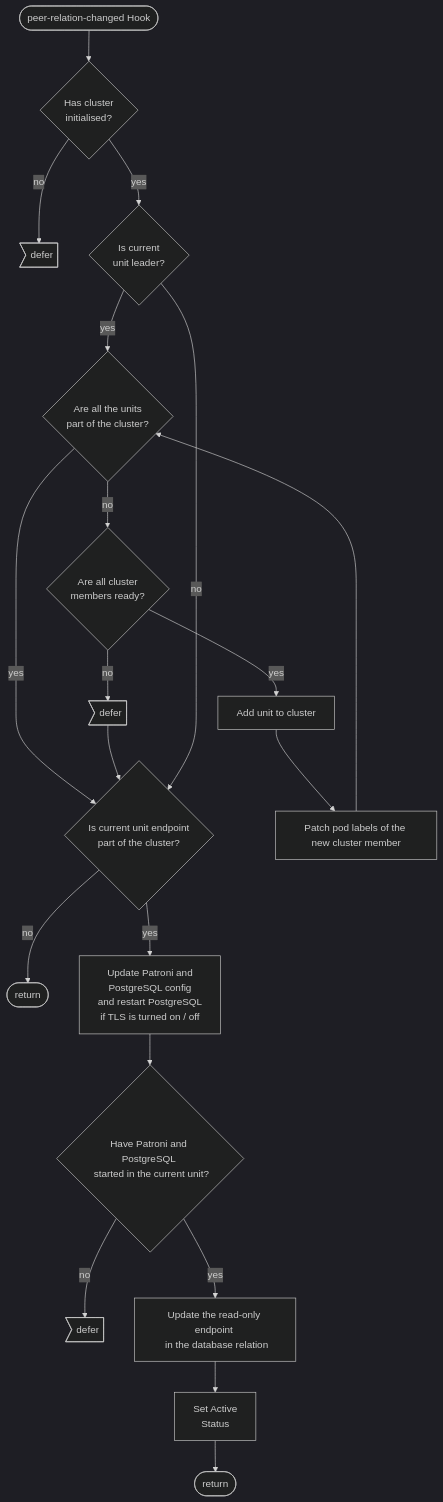
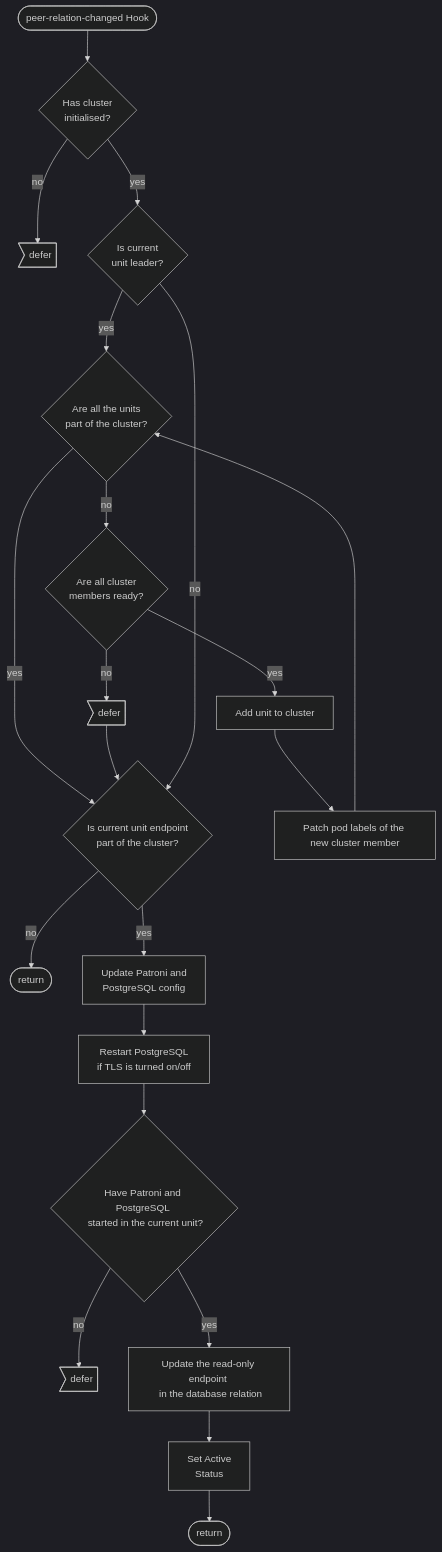
The first of 2 diagrams in documentation/reference/relations/peers.md (canonical/postgresql-k8s-operator), drawn with Mermaid (dark theme) before and after one commit. The commit also changed other lines of this file, not shown here.

Commit message:
Add Peer Relation Departed Hook flowchart

````diff
--- a/documentation/reference/relations/peers.md
+++ b/documentation/reference/relations/peers.md
@@ -15,28 +15,29 @@
 ```mermaid
 flowchart TD
   hook_fired([peer-relation-changed Hook]) --> has_cluster_initialised{Has cluster\n initialised?}
   has_cluster_initialised -- no --> defer>defer]
   has_cluster_initialised -- yes --> is_leader{Is current\nunit leader?}
   is_leader -- yes --> all_units_on_cluster{Are all the units \n part of the cluster?}
   all_units_on_cluster -- yes --> is_part_of_cluster
   all_units_on_cluster -- no --> are_all_members_ready{Are all cluster \n members ready?}
   
   %% This defer should have a return after it to stop the execution.
   are_all_members_ready -- no --> defer2>defer]
   defer2 --> is_part_of_cluster
   
   are_all_members_ready -- yes --> add_unit_to_cluster[Add unit to cluster]
   add_unit_to_cluster --> patch_pod_labels[Patch pod labels of the new cluster member]
   patch_pod_labels --> all_units_on_cluster
   is_leader -- no --> is_part_of_cluster{Is current unit endpoint \n part of the cluster?}
   is_part_of_cluster -- no --> rtn([return])
-  is_part_of_cluster -- yes --> update_config[Update Patroni and \n PostgreSQL config \n and restart PostgreSQL \n if TLS is turned on / off]
-  update_config --> has_member_started{Have Patroni and PostgreSQL \n started in the current unit?}
+  is_part_of_cluster -- yes --> update_config[Update Patroni and \n PostgreSQL config \n]
+  update_config --> restart_postgresql[Restart PostgreSQL \n if TLS is turned on/off]
+  restart_postgresql --> has_member_started{Have Patroni and PostgreSQL \n started in the current unit?}
   has_member_started -- no --> defer3>defer]
   
   %% Here also the legacy relations' standby field should be updated.
   has_member_started -- yes --> update_read_only_endpoint[Update the read-only endpoint \n in the database relation]
   update_read_only_endpoint --> set_active[Set Active\n Status]
   
   set_active --> rtn2([return])
 ```
````
